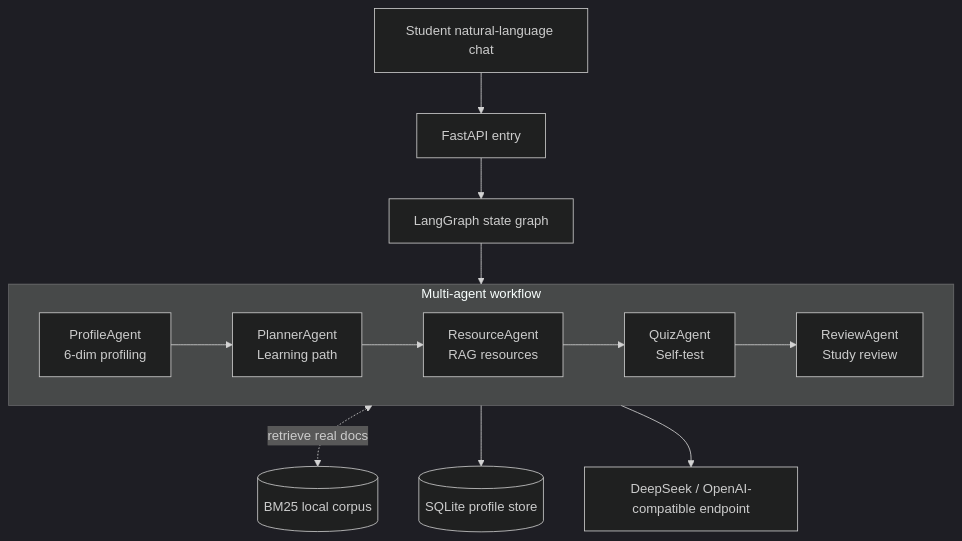
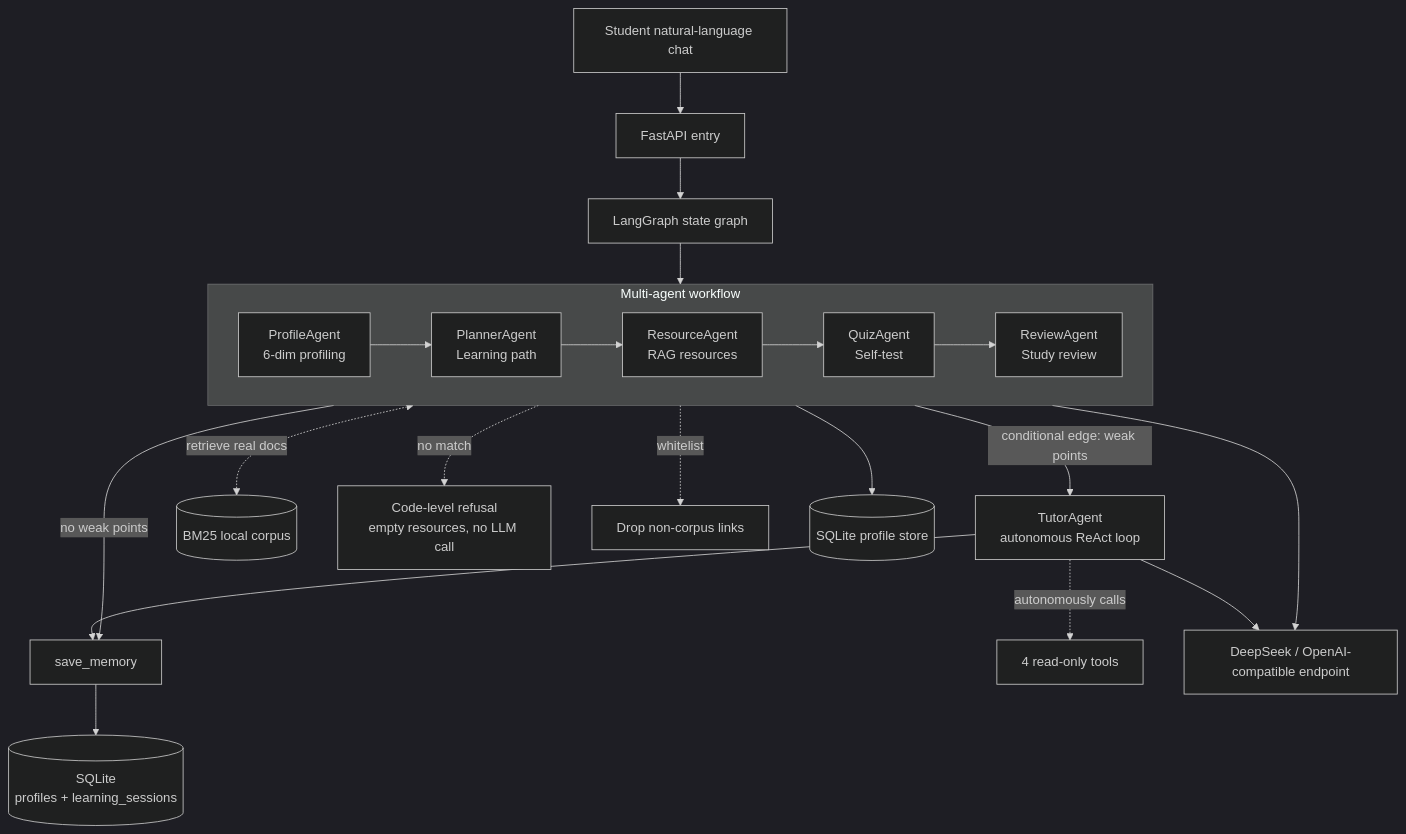
Before and after one commit to Dongnb66/python-learning-agent: the diagram in README_EN.md, drawn with Mermaid (dark theme). The commit also changed other lines of this file and 15 other files, not shown here.

````diff
--- a/README_EN.md
+++ b/README_EN.md
@@ -37,16 +37,24 @@
 ```mermaid
 flowchart TD
     User[Student natural-language chat] --> API[FastAPI entry]
     API --> SG[LangGraph state graph]
     subgraph WF[Multi-agent workflow]
         direction LR
         A[ProfileAgent<br/>6-dim profiling] --> B[PlannerAgent<br/>Learning path]
         B --> C[ResourceAgent<br/>RAG resources]
         C --> D[QuizAgent<br/>Self-test]
         D --> E[ReviewAgent<br/>Study review]
     end
     SG --> WF
+    E -->|conditional edge: weak points| T[TutorAgent<br/>autonomous ReAct loop]
+    E -->|no weak points| SM[save_memory]
+    T -.autonomously calls.-> TOOLS[4 read-only tools]
+    T --> SM
+    SM --> DB2[(SQLite<br/>profiles + learning_sessions)]
     C <-.retrieve real docs.-> KB[(BM25 local corpus)]
+    C -.no match.-> RC[Code-level refusal<br/>empty resources, no LLM call]
+    C -.whitelist.-> WL[Drop non-corpus links]
     A --> DB[(SQLite profile store)]
     WF --> LLM[DeepSeek / OpenAI-compatible endpoint]
+    T --> LLM
 ```
````
